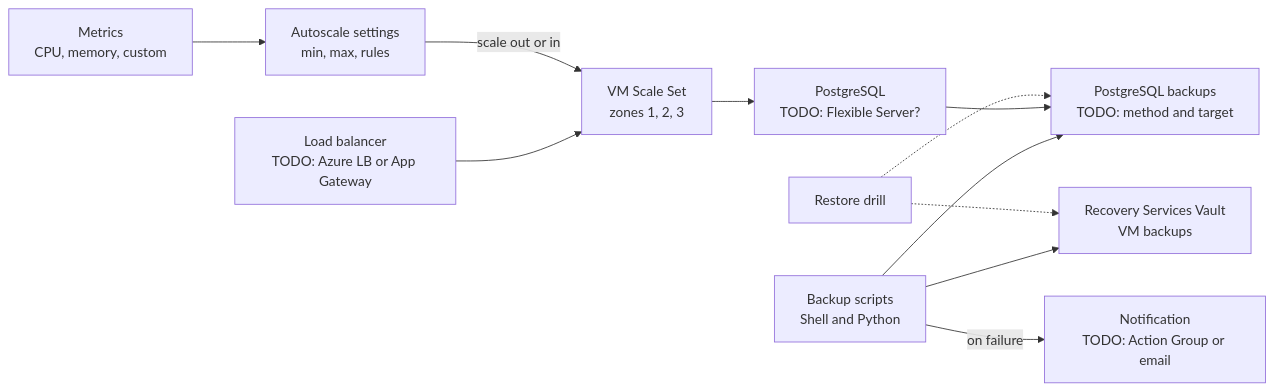
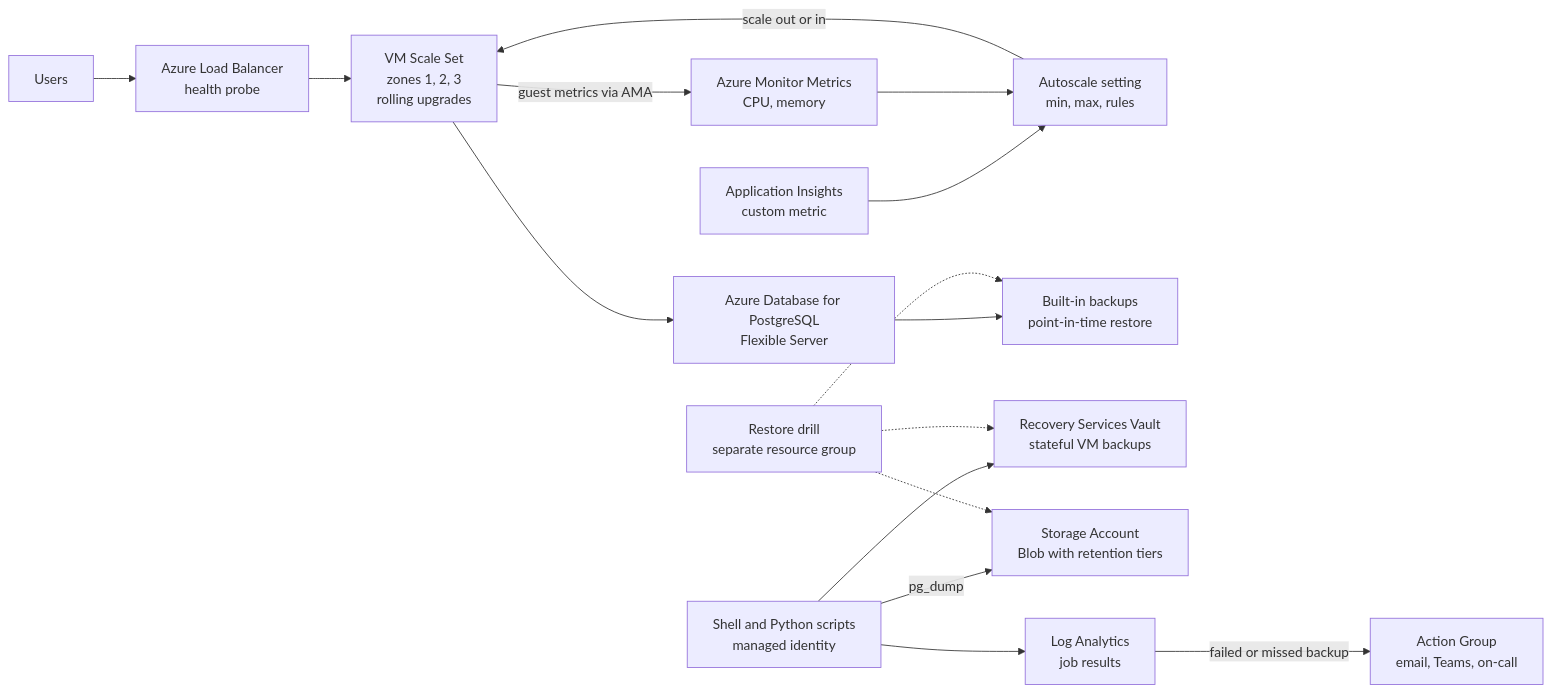
Before and after one commit to SivaKumarMahan/interview-questions: the diagram in my-projects/05-vmss-autoscale-backup-automation.md, drawn with Mermaid. The commit also changed other lines of this file and 13 other files, not shown here.

````diff
--- a/my-projects/05-vmss-autoscale-backup-automation.md
+++ b/my-projects/05-vmss-autoscale-backup-automation.md
@@ -52,13 +52,18 @@
 ```mermaid
 flowchart LR
-    LB["Load balancer<br/>TODO: Azure LB or App Gateway"] --> VMSS["VM Scale Set<br/>zones 1, 2, 3"]
-    AMA["Metrics<br/>CPU, memory, custom"] --> AS["Autoscale settings<br/>min, max, rules"]
+    USERS["Users"] --> LB["Azure Load Balancer<br/>health probe"]
+    LB --> VMSS["VM Scale Set<br/>zones 1, 2, 3<br/>rolling upgrades"]
+    VMSS -->|"guest metrics via AMA"| MON["Azure Monitor Metrics<br/>CPU, memory"]
+    APPI["Application Insights<br/>custom metric"] --> AS["Autoscale setting<br/>min, max, rules"]
+    MON --> AS
     AS -->|"scale out or in"| VMSS
-    VMSS --> PG["PostgreSQL<br/>TODO: Flexible Server?"]
-    SCRIPT["Backup scripts<br/>Shell and Python"] --> RSV["Recovery Services Vault<br/>VM backups"]
-    SCRIPT --> PGB["PostgreSQL backups<br/>TODO: method and target"]
-    PG --> PGB
-    SCRIPT -->|"on failure"| AG["Notification<br/>TODO: Action Group or email"]
-    DRILL["Restore drill"] -.-> RSV
-    DRILL -.-> PGB
+    VMSS --> PG["Azure Database for PostgreSQL<br/>Flexible Server"]
+    PG --> PITR["Built-in backups<br/>point-in-time restore"]
+    SCRIPT["Shell and Python scripts<br/>managed identity"] --> RSV["Recovery Services Vault<br/>stateful VM backups"]
+    SCRIPT -->|"pg_dump"| BLOB["Storage Account<br/>Blob with retention tiers"]
+    SCRIPT --> LA["Log Analytics<br/>job results"]
+    LA -->|"failed or missed backup"| AG["Action Group<br/>email, Teams, on-call"]
+    DRILL["Restore drill<br/>separate resource group"] -.-> RSV
+    DRILL -.-> PITR
+    DRILL -.-> BLOB
 ```
````
